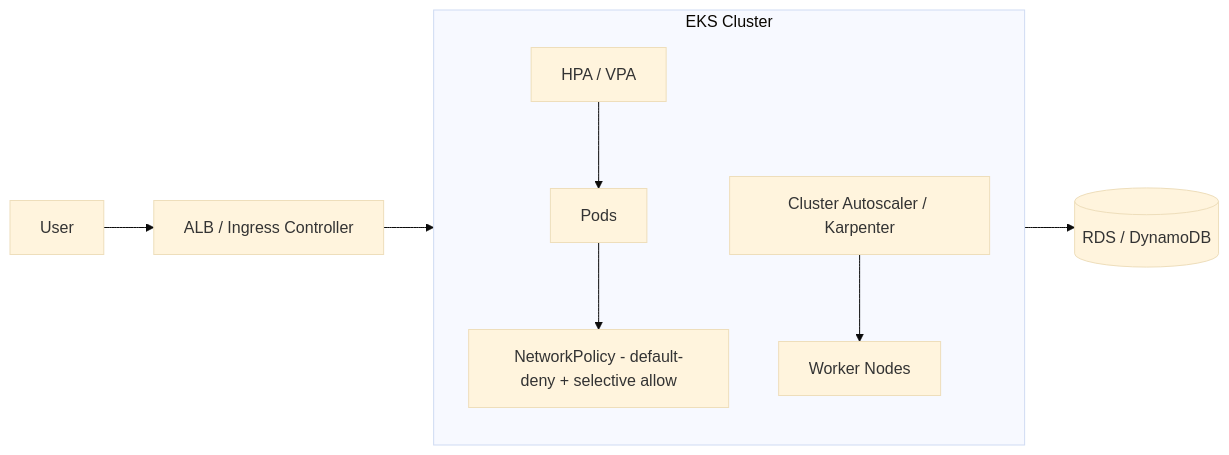
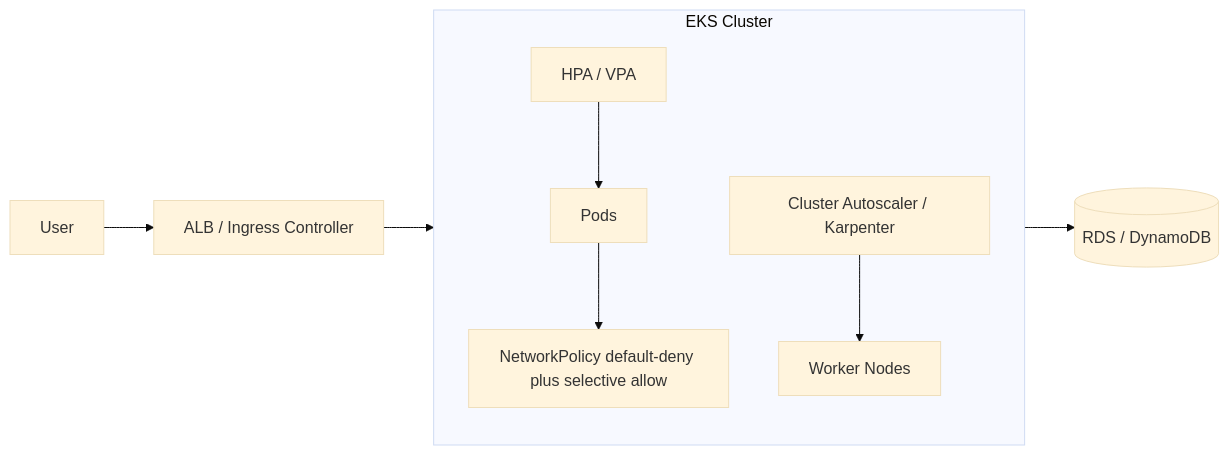
One commit to vilasvarghesescaler/CompanySpecific changed the fourth of 12 diagrams in IamDistributor.md. Above: the diagram before and after it, drawn with Mermaid (base theme). The commit also changed other lines of this file, not shown here.

````diff
--- a/IamDistributor.md
+++ b/IamDistributor.md
@@ -117,12 +106,12 @@
 ```mermaid
 flowchart LR
     User --> ALB4[ALB / Ingress Controller]
     ALB4 --> EKS
     subgraph EKS["EKS Cluster"]
         direction TB
         HPA[HPA / VPA] --> Pods
-        Pods --> NP[NetworkPolicy - default-deny + selective allow]
+        Pods --> NP[NetworkPolicy default-deny plus selective allow]
         CA[Cluster Autoscaler / Karpenter] --> Nodes[Worker Nodes]
     end
     Pods --> RDS4[("RDS / DynamoDB")]
 ```
````
